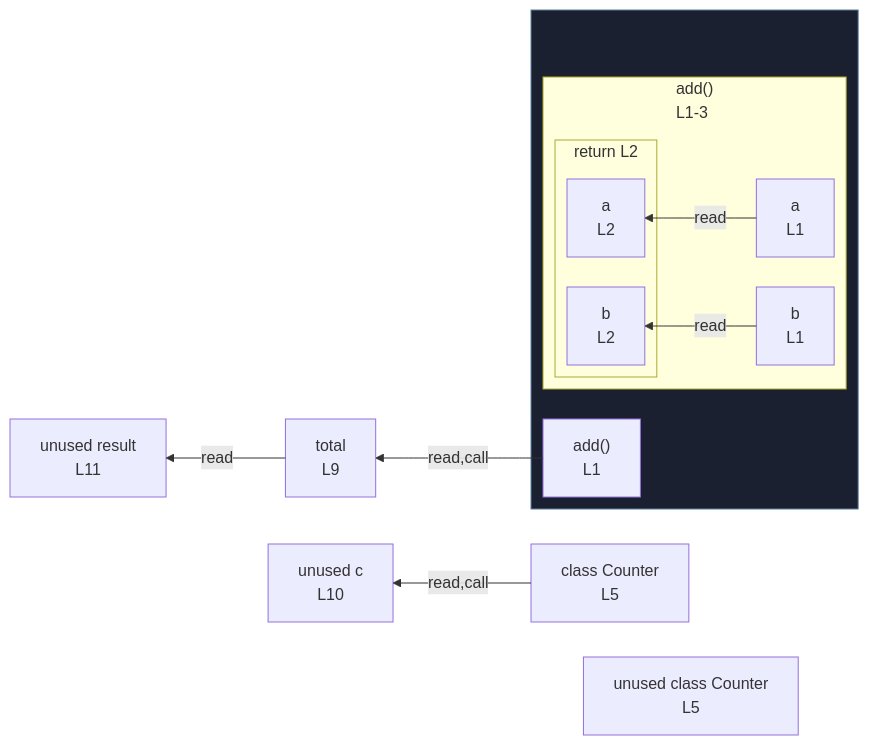
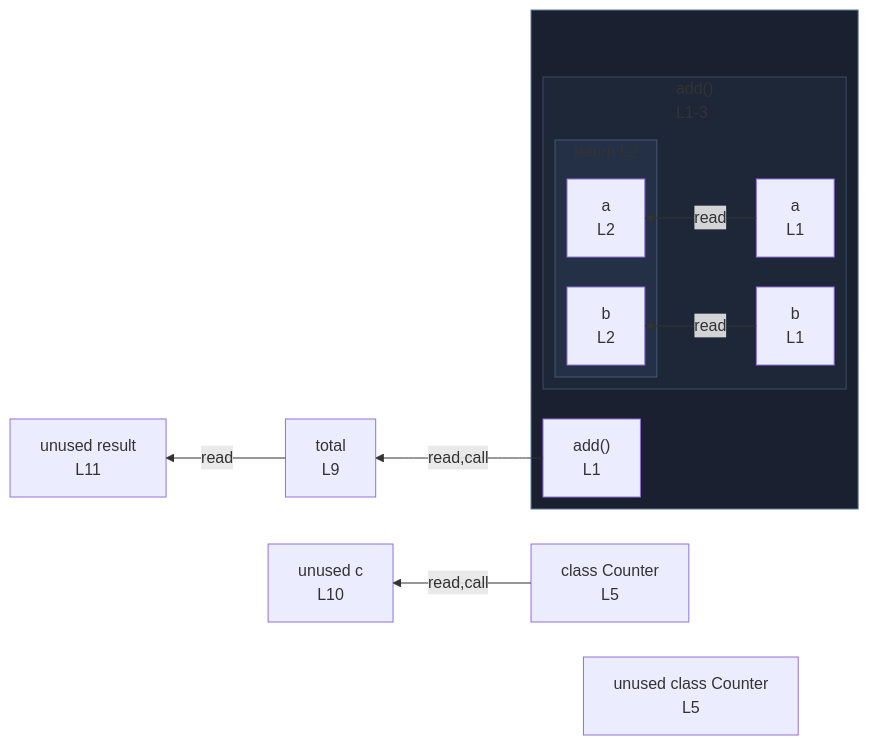
Before and after one commit to crescware/unsnarl: the diagram in integration/fixtures/class/declaration/with-function-sibling/preview.md, drawn with Mermaid. The commit also changed 249 other files, not shown here.

First line of the commit message:
Color Mermaid subgraphs by nesting depth via theme palette

````diff
--- a/integration/fixtures/class/declaration/with-function-sibling/preview.md
+++ b/integration/fixtures/class/declaration/with-function-sibling/preview.md
@@ -21,30 +21,34 @@
 ```mermaid
 %%{init: {"flowchart": {"defaultRenderer": "elk"}}}%%
 flowchart RL
   n_scope_0_Counter_62["class Counter<br/>L5"]
   n_scope_0_total_94["total<br/>L9"]
   n_scope_0_c_119["unused c<br/>L10"]
   n_scope_0_result_144["unused result<br/>L11"]
   n_scope_2_Counter_62["unused class Counter<br/>L5"]
   subgraph wrap_s_scope_1[" "]
     direction TB
     n_scope_0_add_9["add()<br/>L1"]
     subgraph s_scope_1["add()<br/>L1-3"]
       direction RL
       n_scope_1_a_13["a<br/>L1"]
       n_scope_1_b_24["b<br/>L1"]
       subgraph s_return_scope_0_add_9_39_52["return L2"]
         direction RL
         ret_use_ref_0["a<br/>L2"]
         ret_use_ref_1["b<br/>L2"]
       end
     end
   end
   n_scope_1_a_13 -->|read| ret_use_ref_0
   n_scope_1_b_24 -->|read| ret_use_ref_1
   n_scope_0_add_9 -->|read,call| n_scope_0_total_94
   n_scope_0_Counter_62 -->|read,call| n_scope_0_c_119
   n_scope_0_total_94 -->|read| n_scope_0_result_144
   classDef fnWrap fill:#1a2030,stroke:#5a7d99;
   class wrap_s_scope_1 fnWrap;
+  classDef nestL1 fill:#1e2738,stroke:#3d4a63;
+  class s_scope_1 nestL1;
+  classDef nestL2 fill:#233045,stroke:#475670;
+  class s_return_scope_0_add_9_39_52 nestL2;
 ```
````
